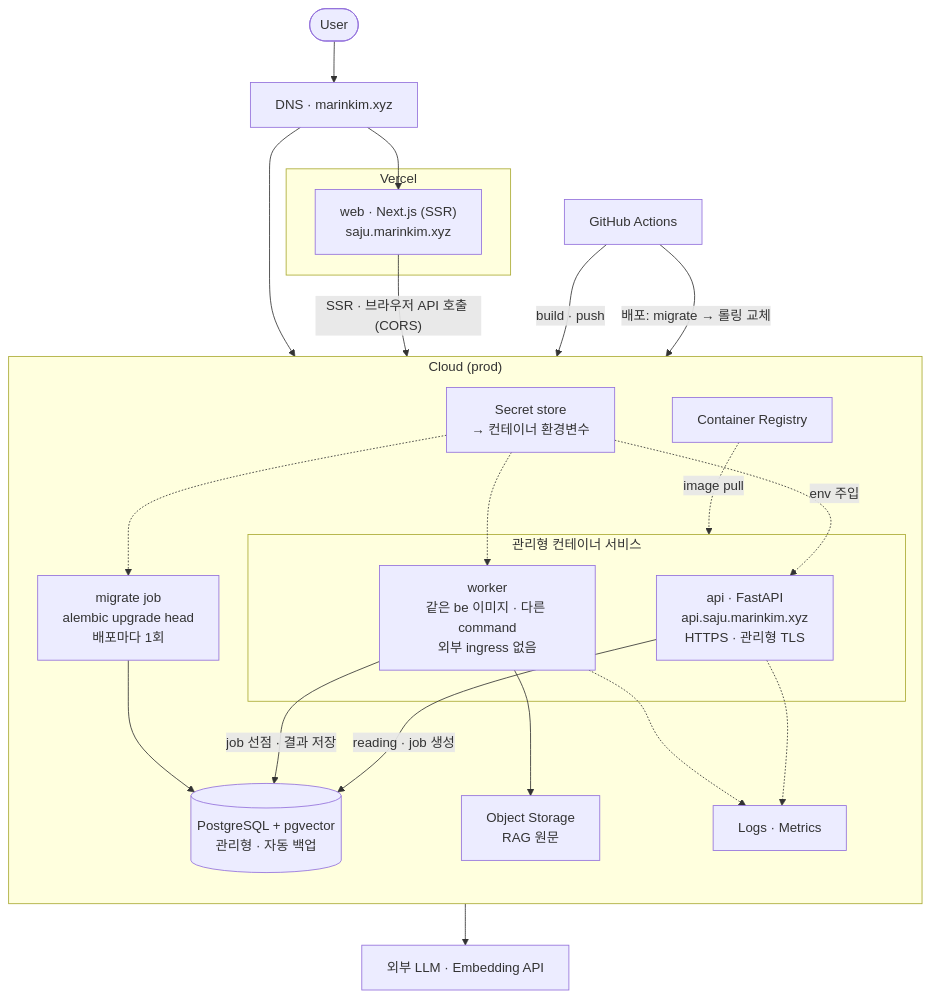
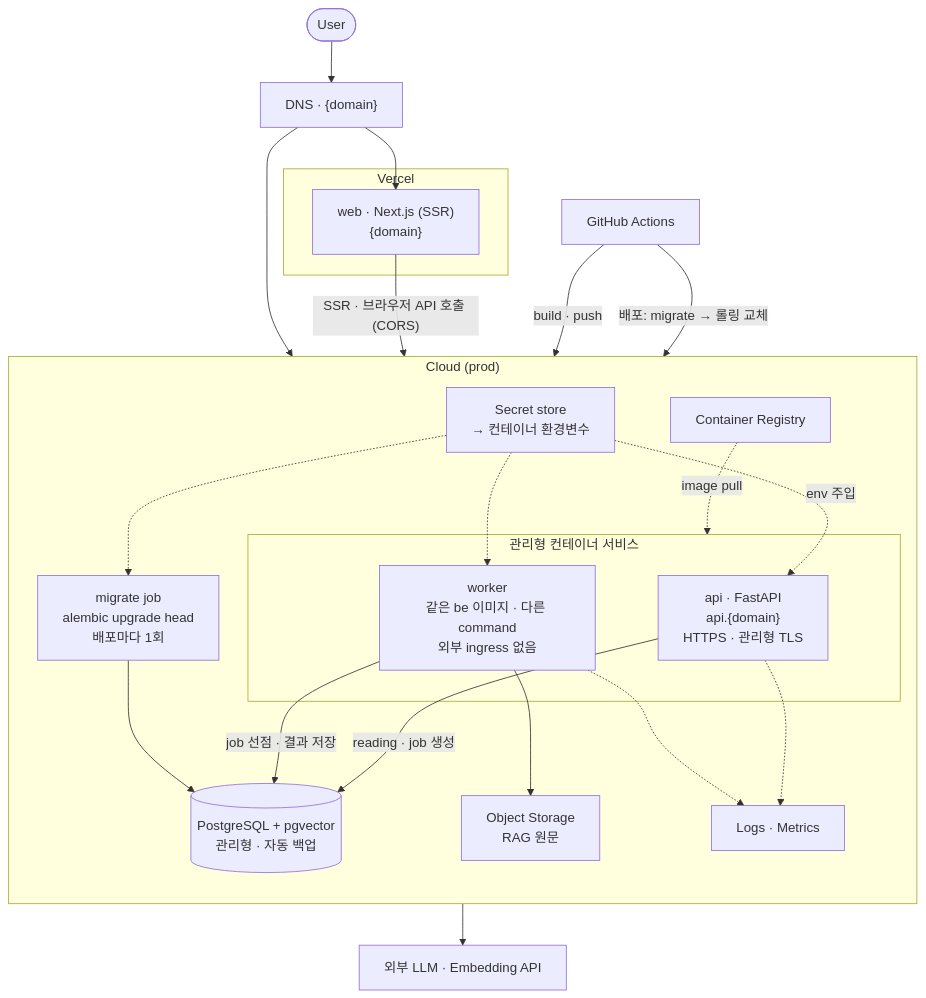
Before and after one commit to Dae-Jeong/k-saju: the first of 2 diagrams in docs/infra-architecture.md, drawn with Mermaid. The commit also changed other lines of this file and 3 other files, not shown here.

````diff
--- a/docs/infra-architecture.md
+++ b/docs/infra-architecture.md
@@ -19,44 +19,44 @@
 ```mermaid
 flowchart TB
     User(["User"])
-    DNS["DNS · marinkim.xyz"]
+    DNS["DNS · {domain}"]
 
     subgraph Vercel["Vercel"]
-        Web["web · Next.js (SSR)<br/>saju.marinkim.xyz"]
+        Web["web · Next.js (SSR)<br/>{domain}"]
     end
 
     subgraph Cloud["Cloud (prod)"]
         direction TB
         subgraph Run["관리형 컨테이너 서비스"]
-            Api["api · FastAPI<br/>api.saju.marinkim.xyz<br/>HTTPS · 관리형 TLS"]
+            Api["api · FastAPI<br/>api.{domain}<br/>HTTPS · 관리형 TLS"]
             Worker["worker<br/>같은 be 이미지 · 다른 command<br/>외부 ingress 없음"]
         end
         Migrate["migrate job<br/>alembic upgrade head<br/>배포마다 1회"]
         DB[("PostgreSQL + pgvector<br/>관리형 · 자동 백업")]
         Secrets["Secret store<br/>→ 컨테이너 환경변수"]
         Registry["Container Registry"]
         Storage["Object Storage<br/>RAG 원문"]
         Logs["Logs · Metrics"]
     end
 
     LLM["외부 LLM · Embedding API"]
     GH["GitHub Actions"]
 
     User --> DNS
     DNS --> Web
     DNS --> Api
     Web -->|"SSR · 브라우저 API 호출 (CORS)"| Api
     Api -->|"reading · job 생성"| DB
     Worker -->|"job 선점 · 결과 저장"| DB
     Worker --> LLM
     Worker --> Storage
     Migrate --> DB
     Secrets -.->|"env 주입"| Api
     Secrets -.-> Worker
     Secrets -.-> Migrate
     Registry -.->|"image pull"| Run
     Api -.-> Logs
     Worker -.-> Logs
     GH -->|"build · push"| Registry
     GH -->|"배포: migrate → 롤링 교체"| Migrate
 ```
````
